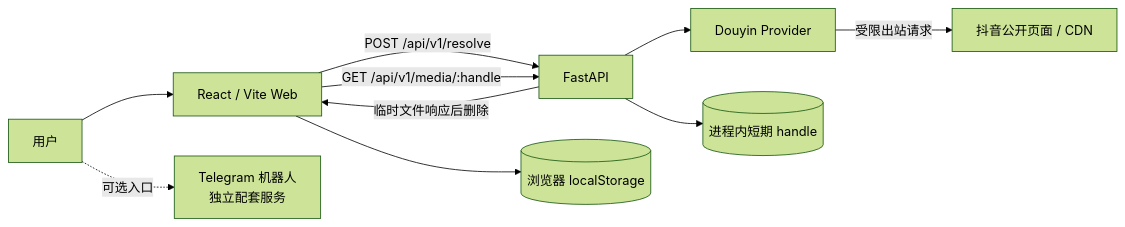
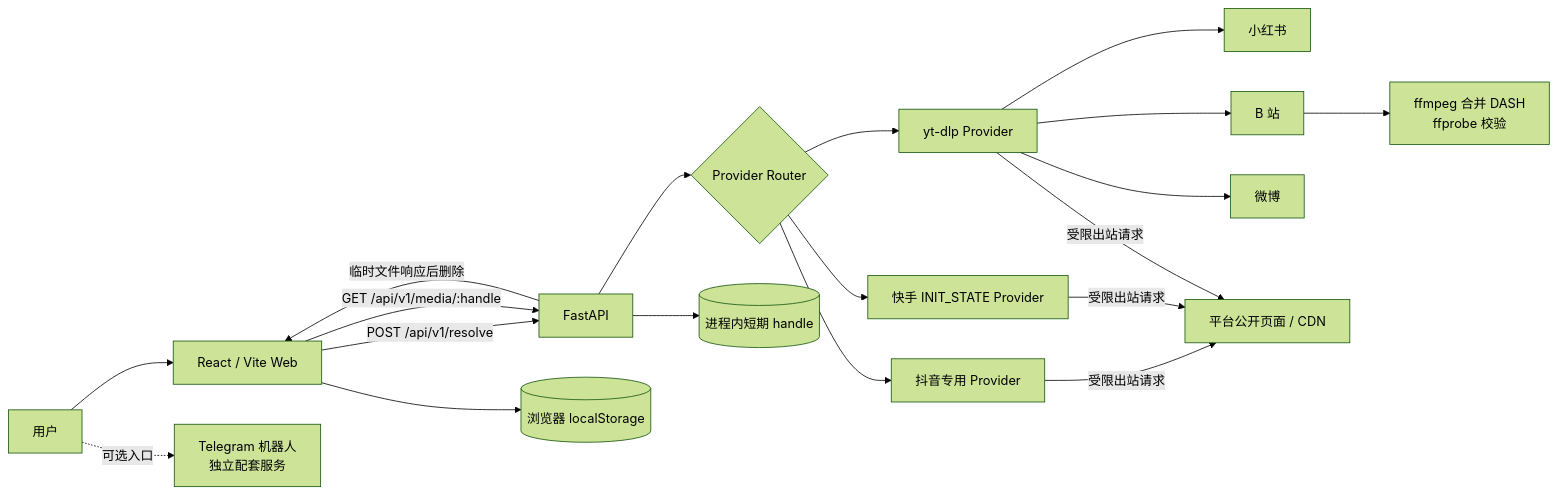
One commit to ishuowang/linkix changed the diagram in README.md. Above: the diagram before and after it, drawn with Mermaid (forest theme). The commit also changed other lines of this file and 27 other files, not shown here.

````diff
--- a/README.md
+++ b/README.md
@@ -44,12 +48,19 @@
 ```mermaid
 flowchart LR
     U[用户] --> W[React / Vite Web]
     U -. 可选入口 .-> T[Telegram 机器人<br/>独立配套服务]
     W -->|POST /api/v1/resolve| A[FastAPI]
-    A --> P[Douyin Provider]
-    P -->|受限出站请求| D[抖音公开页面 / CDN]
+    A --> R{Provider Router}
+    R --> DY[抖音专用 Provider]
+    R --> KS[快手 INIT_STATE Provider]
+    R --> Y[yt-dlp Provider]
+    Y --> XHS[小红书]
+    Y --> BL[B 站]
+    Y --> WB[微博]
+    DY & KS & Y -->|受限出站请求| D[平台公开页面 / CDN]
+    BL --> F[ffmpeg 合并 DASH<br/>ffprobe 校验]
     A --> H[(进程内短期 handle)]
     W -->|GET /api/v1/media/:handle| A
     A -->|临时文件响应后删除| W
     W --> L[(浏览器 localStorage)]
 ```
````
